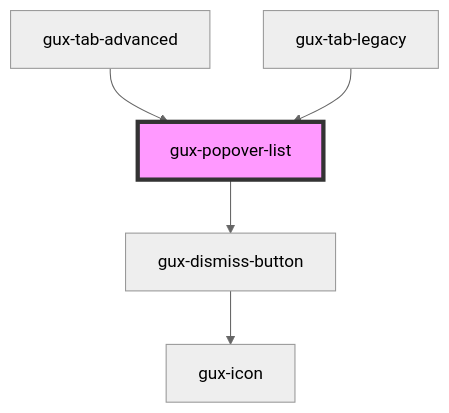
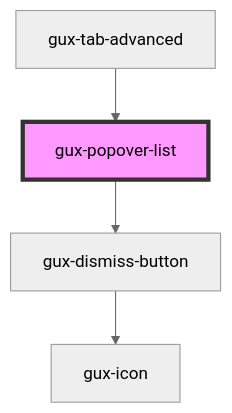
Before and after one commit to MyPureCloud/genesys-spark: the diagram in packages/genesys-spark-components/src/components/stable/gux-popover-list/readme.md, drawn with Mermaid (neutral theme). The commit also changed other lines of this file and 255 other files, not shown here.

````diff
--- a/packages/genesys-spark-components/src/components/stable/gux-popover-list/readme.md
+++ b/packages/genesys-spark-components/src/components/stable/gux-popover-list/readme.md
@@ -42,8 +41,7 @@
 ```mermaid
 graph TD;
   gux-popover-list --> gux-dismiss-button
   gux-dismiss-button --> gux-icon
   gux-tab-advanced --> gux-popover-list
-  gux-tab-legacy --> gux-popover-list
   style gux-popover-list fill:#f9f,stroke:#333,stroke-width:4px
 ```
````
